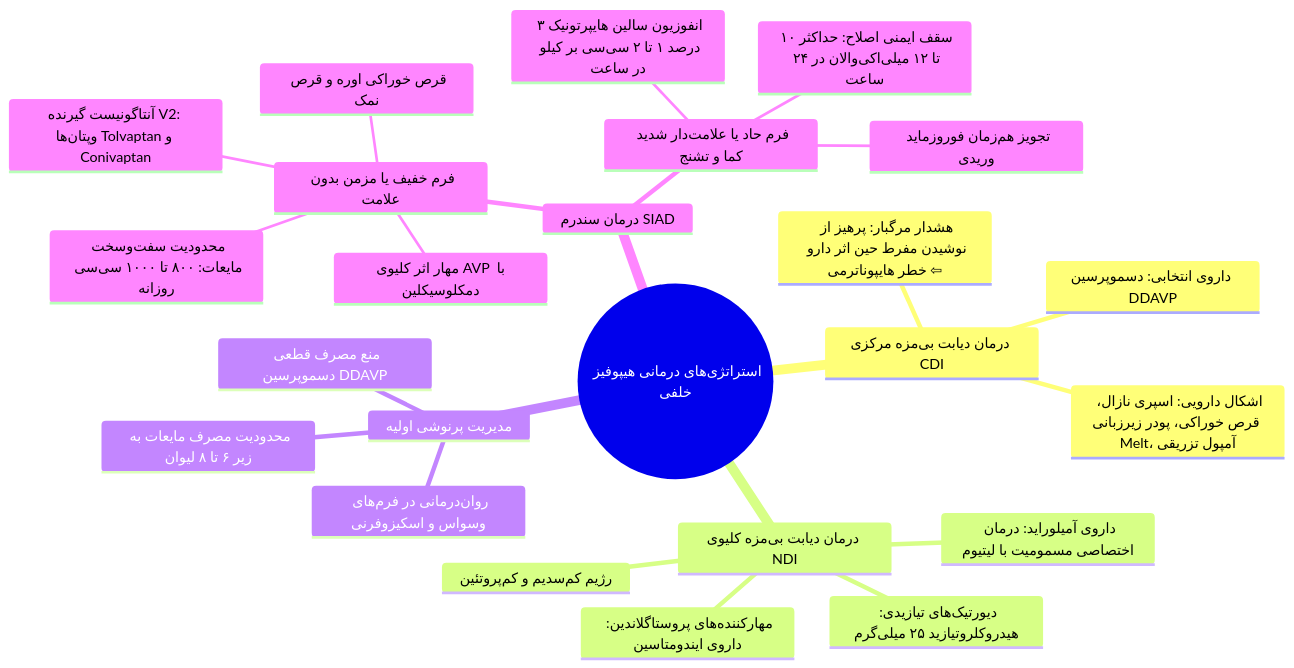
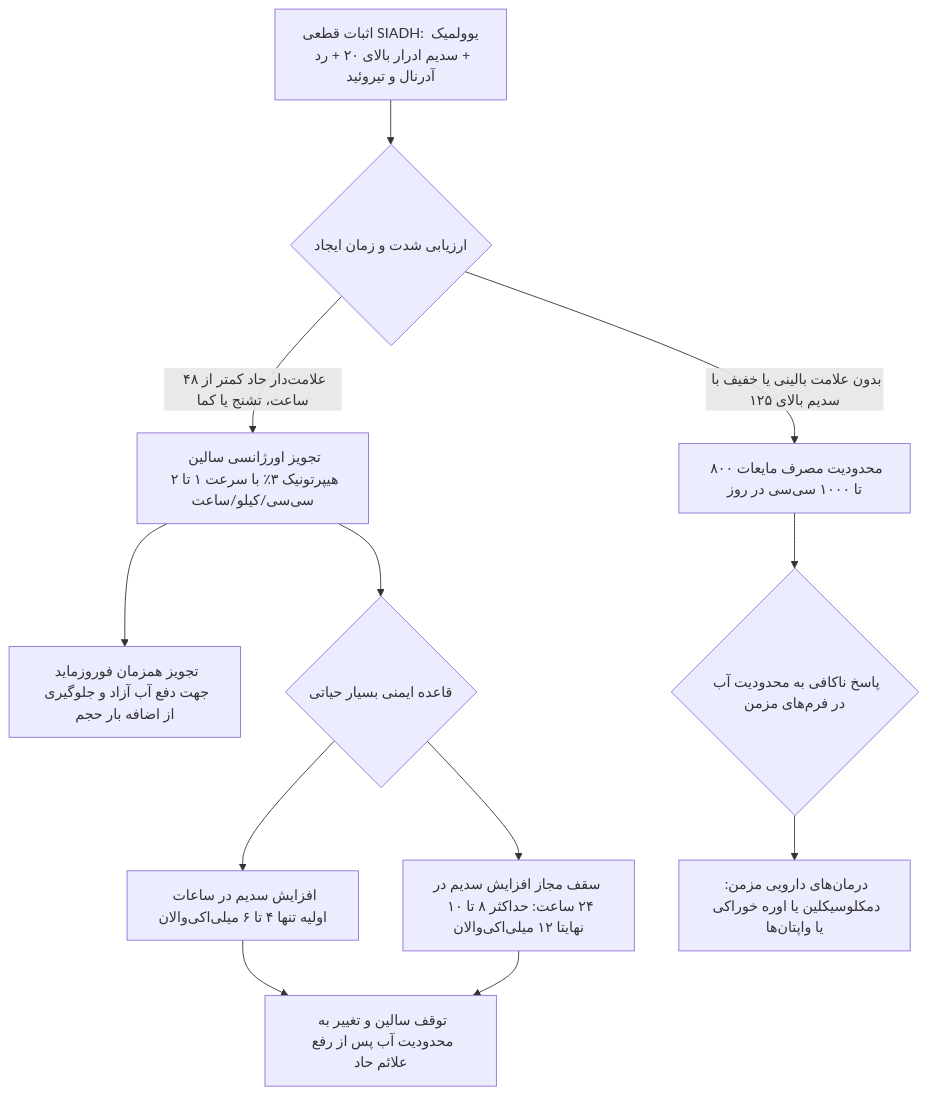
The fifth of 5 diagrams in 07/مبانی غدد/هیپوفیز خلفی.md (neopulse-hub/TUMS-1402-1-neo), drawn with Mermaid before and after one commit. The commit also changed other lines of this file and 5 other files, not shown here.

````diff
--- a/07/مبانی غدد/هیپوفیز خلفی.md
+++ b/07/مبانی غدد/هیپوفیز خلفی.md
@@ -272,27 +231,18 @@
 ```mermaid
-mindmap
-  root((استراتژی‌های درمانی هیپوفیز خلفی))
-    درمان دیابت بی‌مزه مرکزی CDI
-      داروی انتخابی: دسموپرسین DDAVP
-      اشکال دارویی: اسپری نازال، قرص خوراکی، پودر زیرزبانی Melt، آمپول تزریقی
-      هشدار مرگبار: پرهیز از نوشیدن مفرط حین اثر دارو ⇦ خطر هایپوناترمی
-    درمان دیابت بی‌مزه کلیوی NDI
-      رژیم کم‌سدیم و کم‌پروتئین
-      دیورتیک‌های تیازیدی: هیدروکلروتیازید ۲۵ میلی‌گرم
-      داروی آمیلوراید: درمان اختصاصی مسمومیت با لیتیوم
-      مهارکننده‌های پروستاگلاندین: داروی ایندومتاسین
-    مدیریت پرنوشی اولیه
-      محدودیت مصرف مایعات به زیر ۶ تا ۸ لیوان
-      روان‌درمانی در فرم‌های وسواس و اسکیزوفرنی
-      منع مصرف قطعی دسموپرسین DDAVP
-    درمان سندرم SIAD
-      فرم خفیف یا مزمن بدون علامت
-        محدودیت سفت‌وسخت مایعات: ۸۰۰ تا ۱۰۰۰ سی‌سی روزانه
-        قرص خوراکی اوره و قرص نمک
-        آنتاگونیست گیرنده V2: وپتان‌ها Tolvaptan و Conivaptan
-        مهار اثر کلیوی AVP با دمکلوسیکلین
-      فرم حاد یا علامت‌دار شدید کما و تشنج
-        انفوزیون سالین هایپرتونیک ۳ درصد ۱ تا ۲ سی‌سی بر کیلو در ساعت
-        تجویز هم‌زمان فوروزماید وریدی
-        سقف ایمنی اصلاح: حداکثر ۱۰ تا ۱۲ میلی‌اکی‌والان در ۲۴ ساعت
+flowchart TD
+    DiagSIADH[اثبات قطعی SIADH: یوولمیک + سدیم ادرار بالای ۲۰ + رد آدرنال و تیروئید] --> SeverityCheck{ارزیابی شدت و زمان ایجاد}
+    
+    SeverityCheck -->|بدون علامت بالینی یا خفیف با سدیم بالای ۱۲۵| AsymptoPlan[محدودیت مصرف مایعات ۸۰۰ تا ۱۰۰۰ سی‌سی در روز]
+    SeverityCheck -->|علامت‌دار حاد کمتر از ۴۸ ساعت، تشنج یا کما| EmergentPlan[تجویز اورژانسی سالین هیپرتونیک ۳٪ با سرعت ۱ تا ۲ سی‌سی/کیلو/ساعت]
+    
+    EmergentPlan --> AddFuro[تجویز همزمان فوروزماید جهت دفع آب آزاد و جلوگیری از اضافه بار حجم]
+    
+    EmergentPlan --> SpeedLimit{قاعده ایمنی بسیار حیاتی}
+    SpeedLimit --> Rule1[افزایش سدیم در ساعات اولیه تنها ۴ تا ۶ میلی‌اکی‌والان]
+    SpeedLimit --> Rule2[سقف مجاز افزایش سدیم در ۲۴ ساعت: حداکثر ۸ تا ۱۰ نهایتا ۱۲ میلی‌اکی‌والان]
+    
+    Rule1 & Rule2 --> SwitchToRestr[توقف سالین و تغییر به محدودیت آب پس از رفع علائم حاد]
+    
+    AsymptoPlan --> Refractory{پاسخ ناکافی به محدودیت آب در فرم‌های مزمن}
+    Refractory --> MedOption[درمان‌های دارویی مزمن: دمکلوسیکلین یا اوره خوراکی یا واپتان‌ها]
 ```
````
